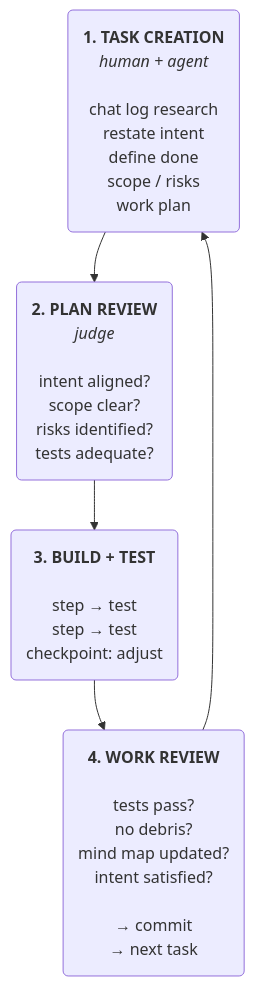
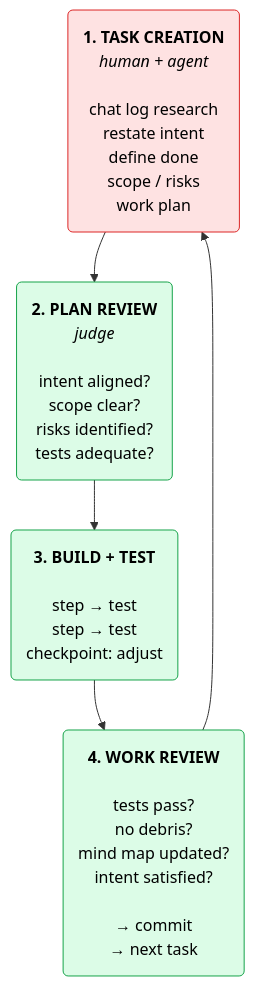
One commit to horiacristescu/claude-playbook-plugin changed the diagram in README.md. Above: the diagram before and after it, drawn with Mermaid.

Commit message:
Mermaid: red for HITL task creation, green for automated steps

````diff
--- a/README.md
+++ b/README.md
@@ -27,7 +27,11 @@
 ```mermaid
 graph TD
     A("<b>1. TASK CREATION</b><br/><i>human + agent</i><br/><br/>chat log research<br/>restate intent<br/>define done<br/>scope / risks<br/>work plan") --> B("<b>2. PLAN REVIEW</b><br/><i>judge</i><br/><br/>intent aligned?<br/>scope clear?<br/>risks identified?<br/>tests adequate?")
     B --> C("<b>3. BUILD + TEST</b><br/><br/>step → test<br/>step → test<br/>checkpoint: adjust")
     C --> D("<b>4. WORK REVIEW</b><br/><br/>tests pass?<br/>no debris?<br/>mind map updated?<br/>intent satisfied?<br/><br/>→ commit<br/>→ next task")
     D --> A
+    style A fill:#fee2e2,stroke:#dc2626,color:#000
+    style B fill:#dcfce7,stroke:#16a34a,color:#000
+    style C fill:#dcfce7,stroke:#16a34a,color:#000
+    style D fill:#dcfce7,stroke:#16a34a,color:#000
 ```
````
